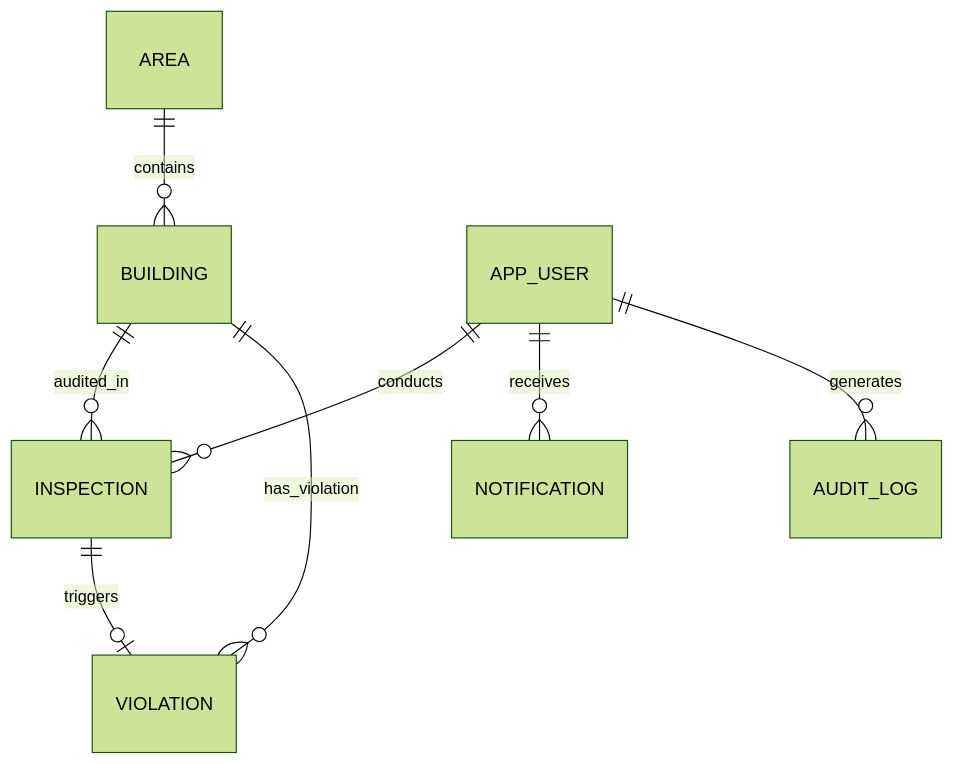
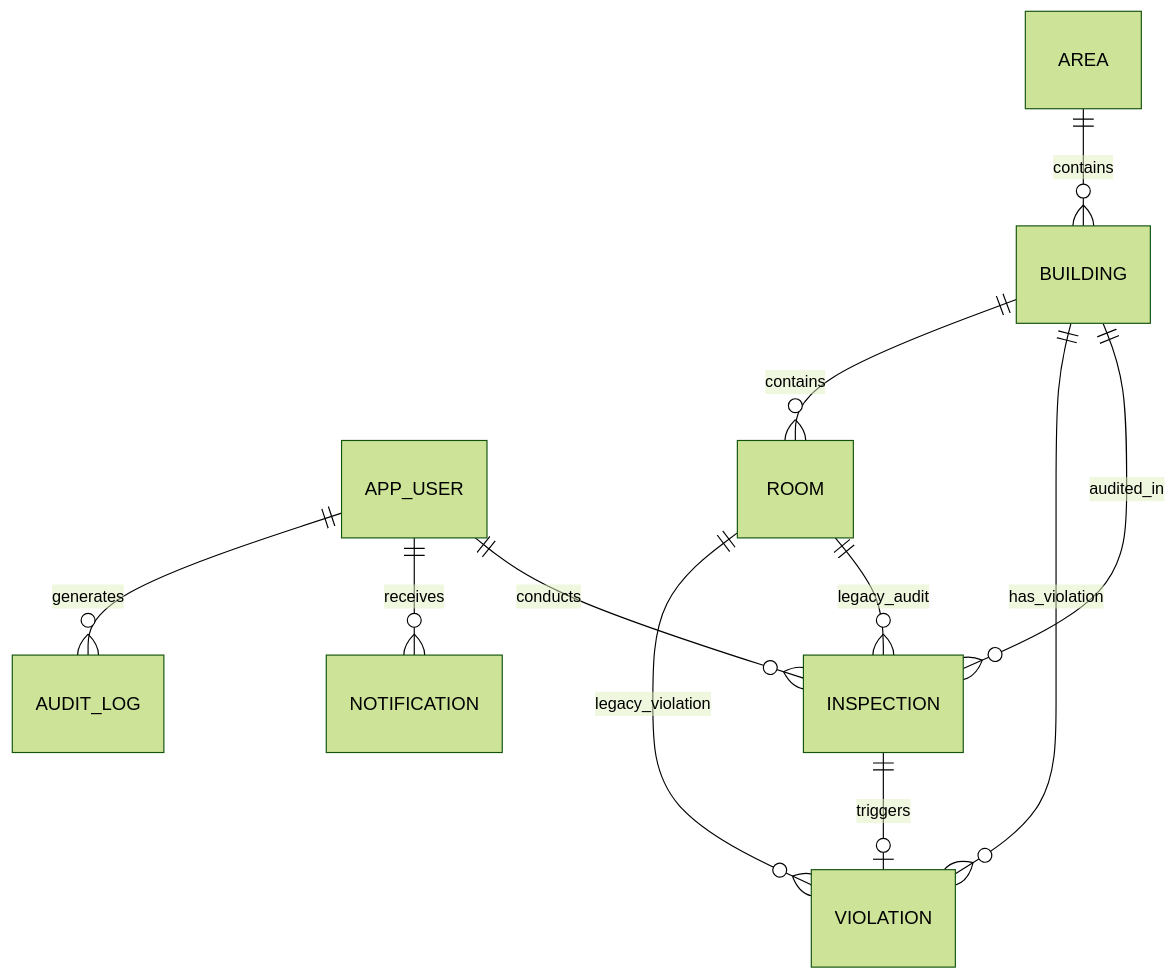
One commit to Prashant124715/waste-watch changed the diagram in DATABASE_DESIGN.md. Above: the diagram before and after it, drawn with Mermaid (forest theme). The commit also changed other lines of this file and 8 other files, not shown here.

Commit message:
docs: update API documentation, architecture, changelog, and project context with complete phase 14 implementation details and module READMEs

````diff
--- a/DATABASE_DESIGN.md
+++ b/DATABASE_DESIGN.md
@@ -31,10 +44,13 @@
 ```mermaid
 erDiagram
     AREA ||--o{ BUILDING : contains
     BUILDING ||--o{ INSPECTION : audited_in
     APP_USER ||--o{ INSPECTION : conducts
     INSPECTION ||--o| VIOLATION : triggers
     BUILDING ||--o{ VIOLATION : has_violation
     APP_USER ||--o{ NOTIFICATION : receives
     APP_USER ||--o{ AUDIT_LOG : generates
+    BUILDING ||--o{ ROOM : contains
+    ROOM ||--o{ INSPECTION : legacy_audit
+    ROOM ||--o{ VIOLATION : legacy_violation
 ```
````
